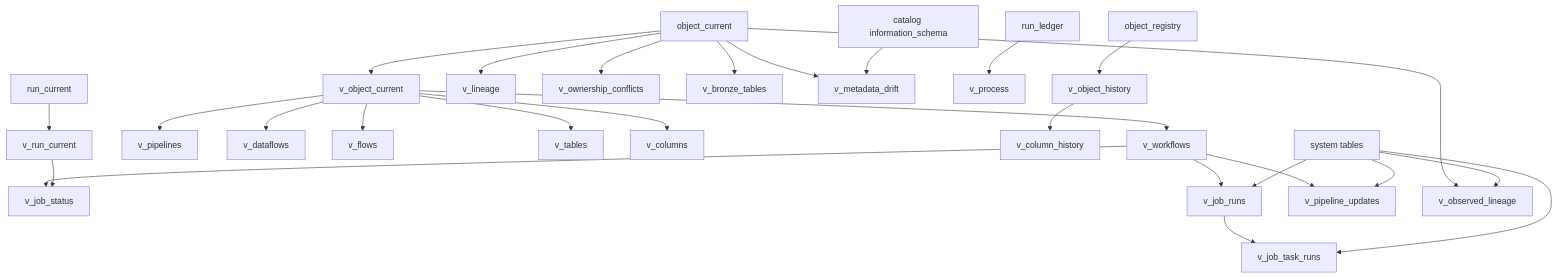
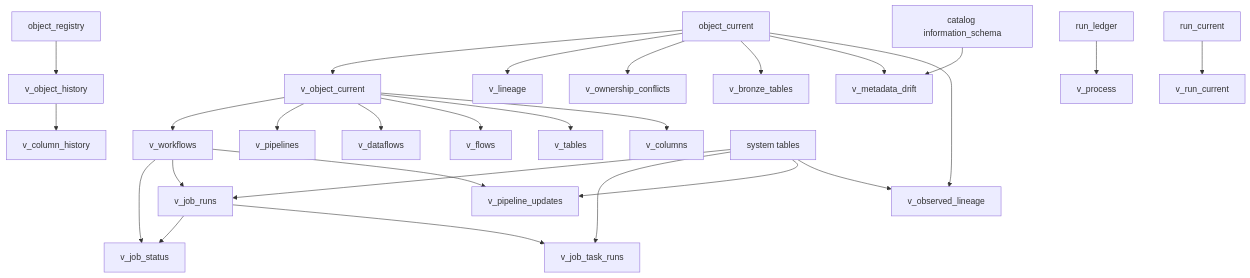
The eighth of 8 diagrams in framework_docs/ARCHITECTURE.md (NitinKeshavB/framework), drawn with Mermaid before and after one commit. The commit also changed other lines of this file and 29 other files, not shown here.

````diff
--- a/framework_docs/ARCHITECTURE.md
+++ b/framework_docs/ARCHITECTURE.md
@@ -312,29 +300,29 @@
 ```mermaid
 flowchart TD
   object_registry --> v_object_history
   object_current --> v_object_current
   object_current --> v_lineage
   object_current --> v_ownership_conflicts
   object_current --> v_bronze_tables
   object_current --> v_metadata_drift
   information_schema[catalog information_schema] --> v_metadata_drift
   v_object_current --> v_workflows
   v_object_current --> v_pipelines
   v_object_current --> v_dataflows
   v_object_current --> v_flows
   v_object_current --> v_tables
   v_object_current --> v_columns
   v_object_history --> v_column_history
   run_ledger --> v_process
   run_current --> v_run_current
   v_workflows --> v_job_status
-  v_run_current --> v_job_status
+  v_job_runs --> v_job_status
   v_workflows --> v_job_runs
   v_workflows --> v_pipeline_updates
   v_job_runs --> v_job_task_runs
   object_current --> v_observed_lineage
   system_tables[system tables] --> v_job_runs
   system_tables --> v_job_task_runs
   system_tables --> v_pipeline_updates
   system_tables --> v_observed_lineage
 ```
````
